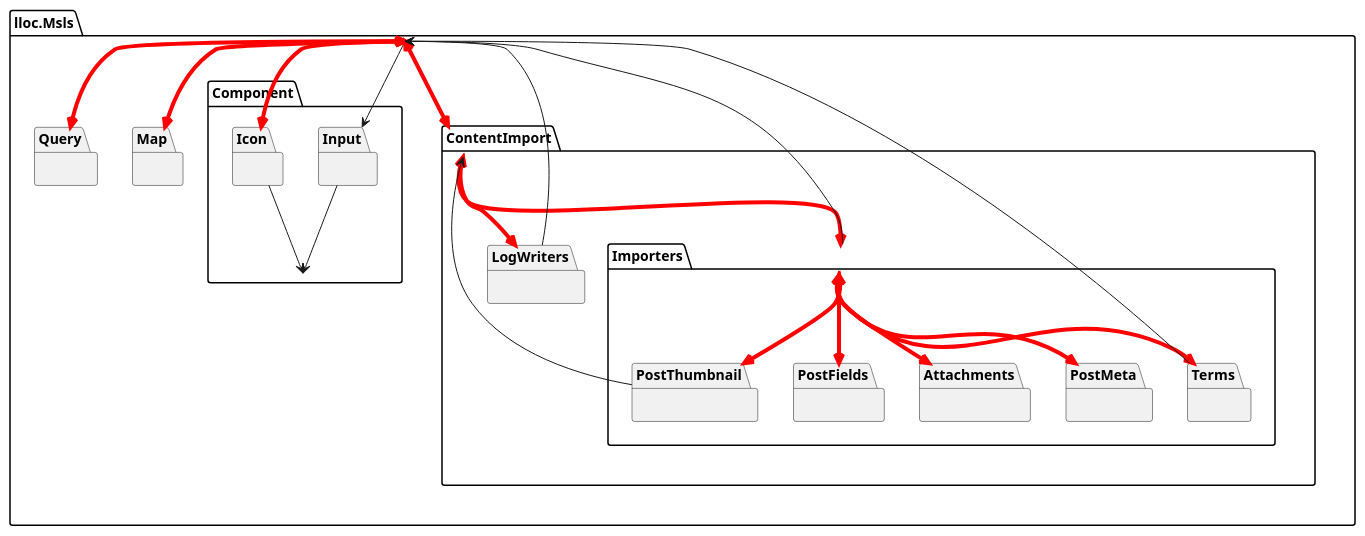
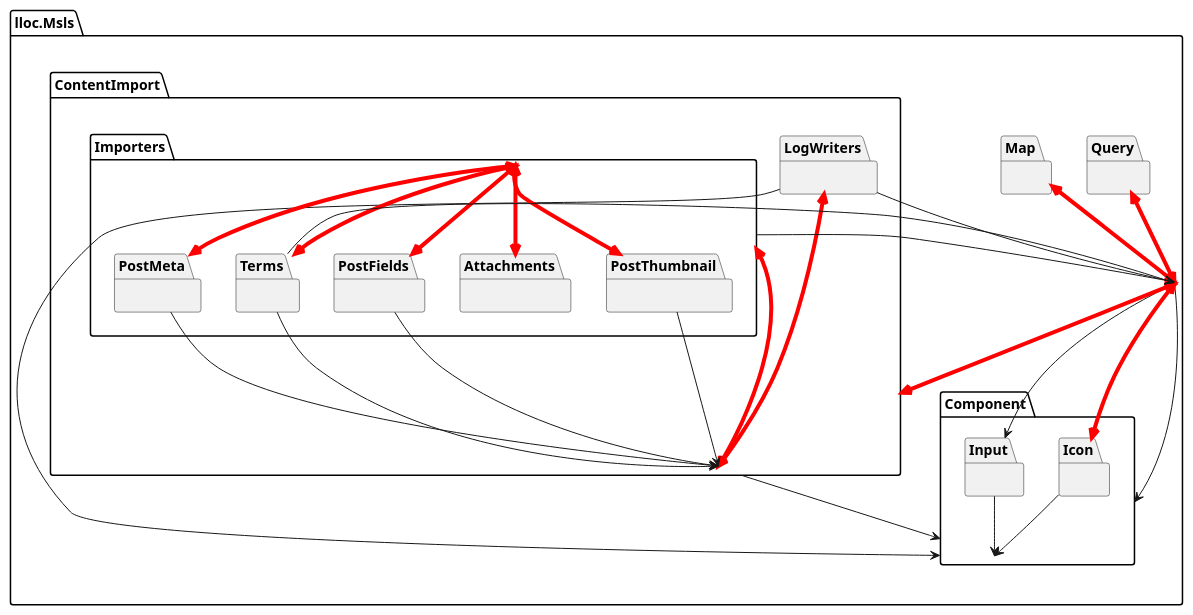
Before and after one commit to lloc/Multisite-Language-Switcher: the diagram in diagrams/msls-package.puml, drawn with PlantUML. The commit also changed 1 other file, not shown here.

Commit message:
Diagrams recreated

```diff
--- a/diagrams/msls-package.puml
+++ b/diagrams/msls-package.puml
@@ -1,48 +1,54 @@
 @startuml package-related-diagram
   package lloc.Msls as Msls {
     package ContentImport {
       package LogWriters {
       }
       package Importers {
         package PostMeta {
         }
         package PostThumbnail {
         }
         package Terms {
         }
         package PostFields {
         }
         package Attachments {
         }
       }
     }
     package Component {
       package Input {
       }
       package Icon {
       }
     }
     package Map {
     }
     package Query {
     }
   }
   Msls --> Input
   Msls <-[#red,plain,thickness=4]-> Query
+  Msls --> Component
   Msls <-[#red,plain,thickness=4]-> Map
   Msls <-[#red,plain,thickness=4]-> ContentImport
   Msls <-[#red,plain,thickness=4]-> Icon
+  ContentImport --> Component
   ContentImport <-[#red,plain,thickness=4]-> Importers
   ContentImport <-[#red,plain,thickness=4]-> LogWriters
+  LogWriters --> Component
   LogWriters --> Msls
   Importers <-[#red,plain,thickness=4]-> PostFields
   Importers --> Msls
   Importers <-[#red,plain,thickness=4]-> Terms
   Importers <-[#red,plain,thickness=4]-> PostThumbnail
   Importers <-[#red,plain,thickness=4]-> PostMeta
   Importers <-[#red,plain,thickness=4]-> Attachments
+  PostMeta --> ContentImport
   PostThumbnail --> ContentImport
+  Terms --> ContentImport
   Terms --> Msls
+  PostFields --> ContentImport
   Input --> Component
   Icon --> Component
 @enduml
```
